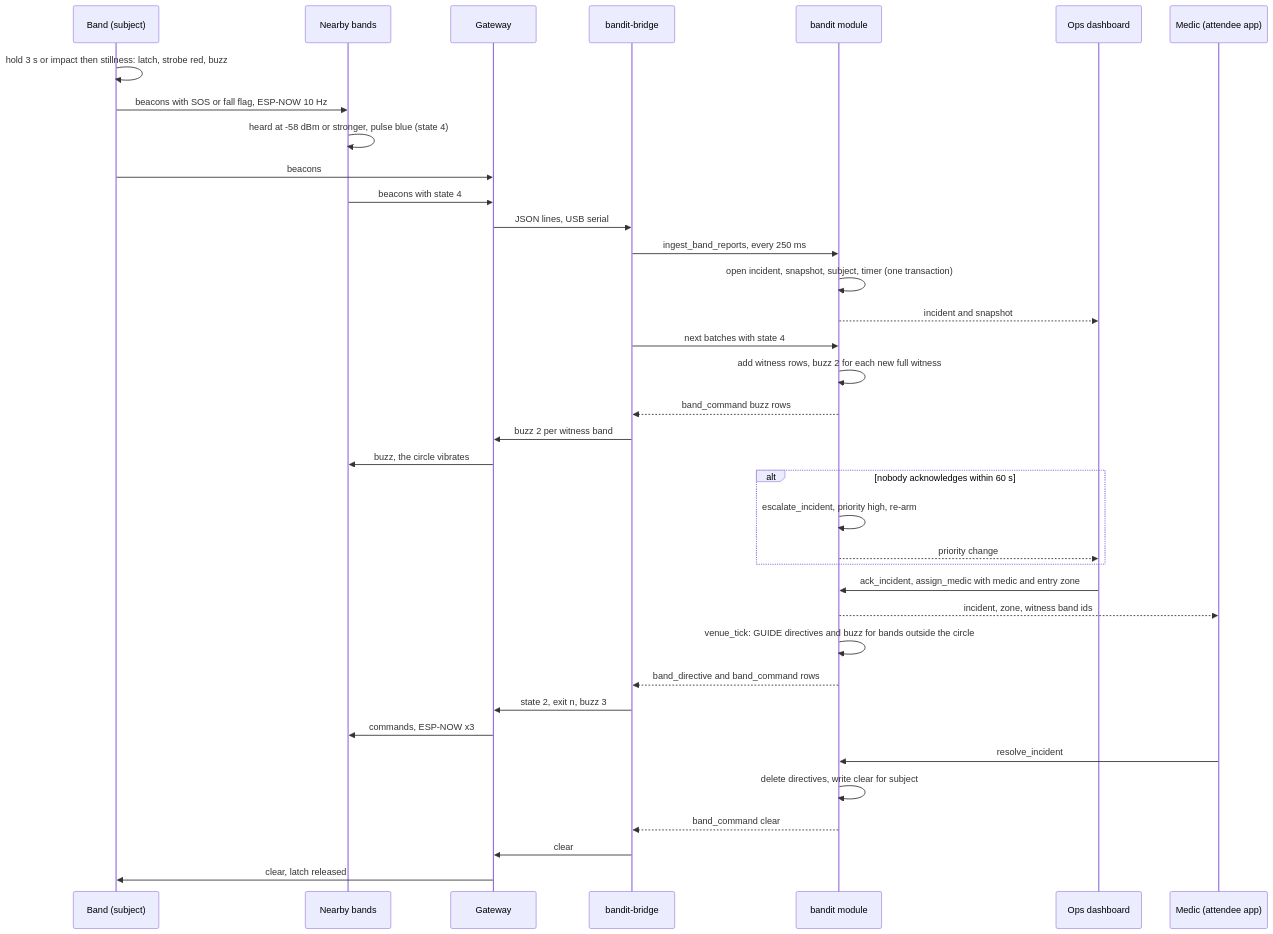
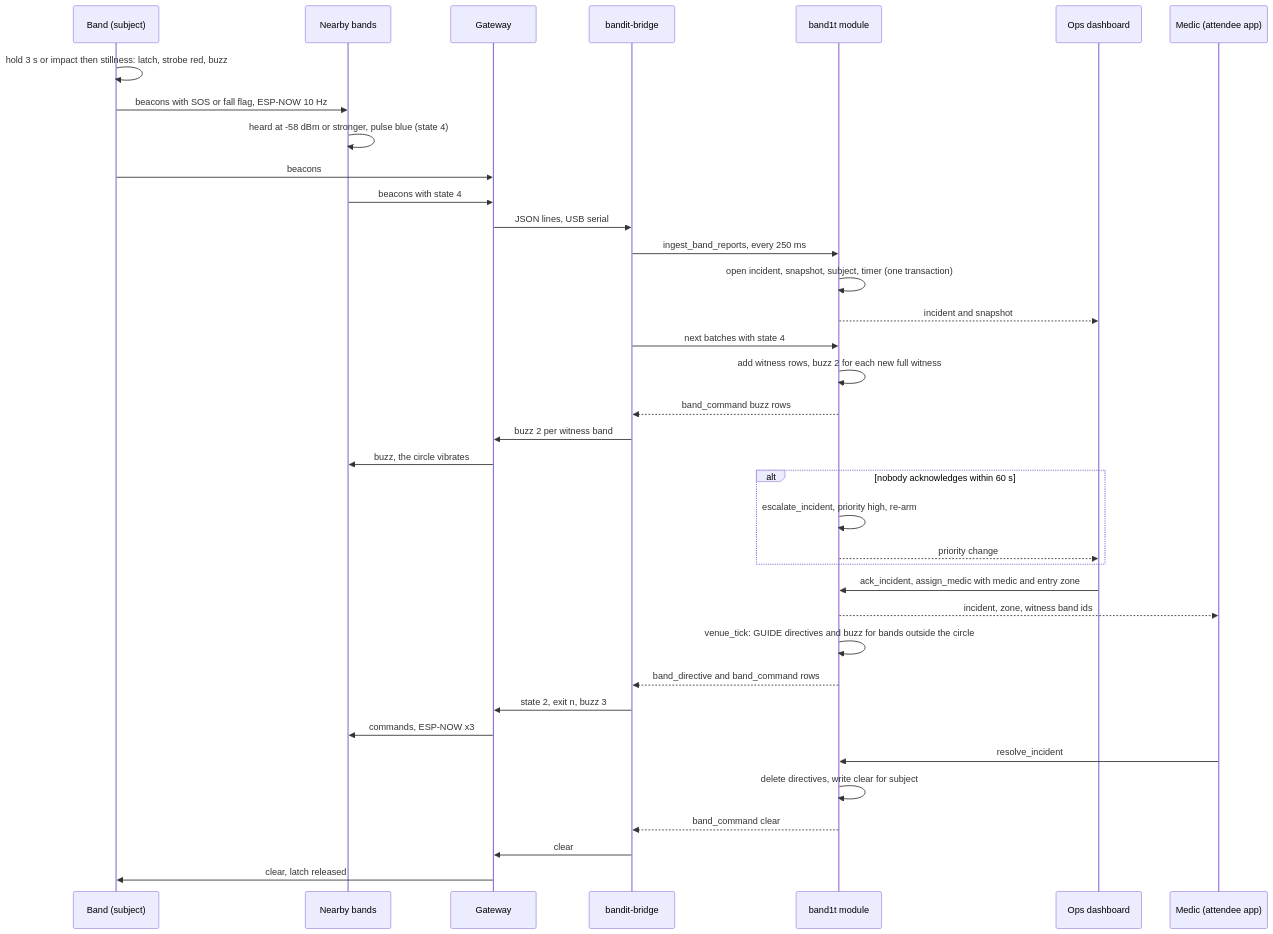
Before and after one commit to viktorinkov/cal-hacks-13: the third of 4 diagrams in System Design/6-features/Safety.md, drawn with Mermaid. The commit also changed other lines of this file and 21 other files, not shown here.

````diff
--- a/System Design/6-features/Safety.md
+++ b/System Design/6-features/Safety.md
@@ -187,39 +187,39 @@
 ```mermaid
 sequenceDiagram
   participant B as Band (subject)
   participant N as Nearby bands
   participant G as Gateway
   participant BR as bandit-bridge
-  participant M as bandit module
+  participant M as band1t module
   participant D as Ops dashboard
   participant MD as Medic (attendee app)
   B->>B: hold 3 s or impact then stillness: latch, strobe red, buzz
   B->>N: beacons with SOS or fall flag, ESP-NOW 10 Hz
   N->>N: heard at -58 dBm or stronger, pulse blue (state 4)
   B->>G: beacons
   N->>G: beacons with state 4
   G->>BR: JSON lines, USB serial
   BR->>M: ingest_band_reports, every 250 ms
   M->>M: open incident, snapshot, subject, timer (one transaction)
   M-->>D: incident and snapshot
   BR->>M: next batches with state 4
   M->>M: add witness rows, buzz 2 for each new full witness
   M-->>BR: band_command buzz rows
   BR->>G: buzz 2 per witness band
   G->>N: buzz, the circle vibrates
   alt nobody acknowledges within 60 s
     M->>M: escalate_incident, priority high, re-arm
     M-->>D: priority change
   end
   D->>M: ack_incident, assign_medic with medic and entry zone
   M-->>MD: incident, zone, witness band ids
   M->>M: venue_tick: GUIDE directives and buzz for bands outside the circle
   M-->>BR: band_directive and band_command rows
   BR->>G: state 2, exit n, buzz 3
   G->>N: commands, ESP-NOW x3
   MD->>M: resolve_incident
   M->>M: delete directives, write clear for subject
   M-->>BR: band_command clear
   BR->>G: clear
   G->>B: clear, latch released
 ```
````
